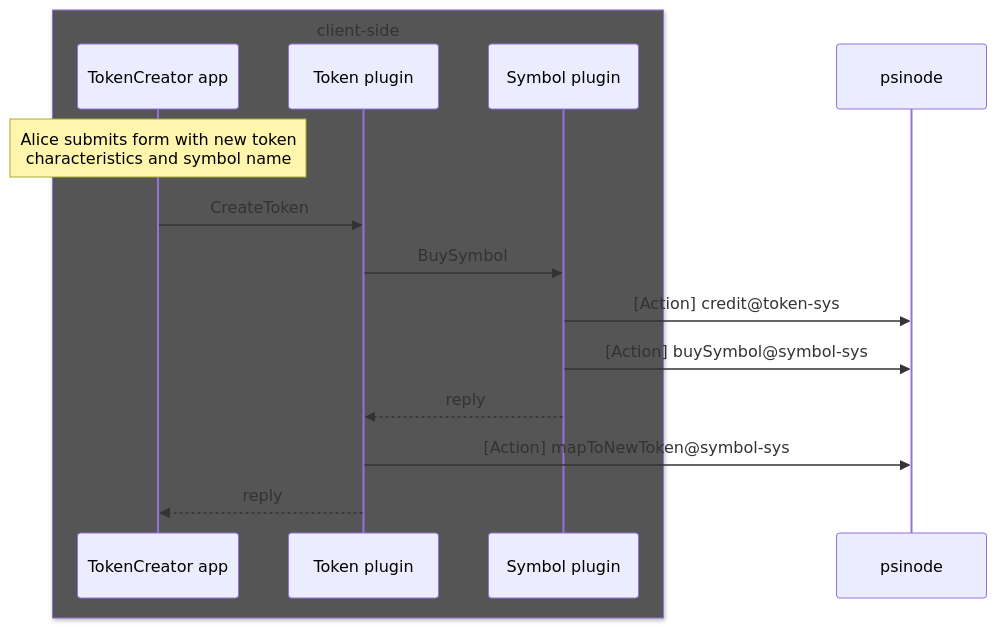
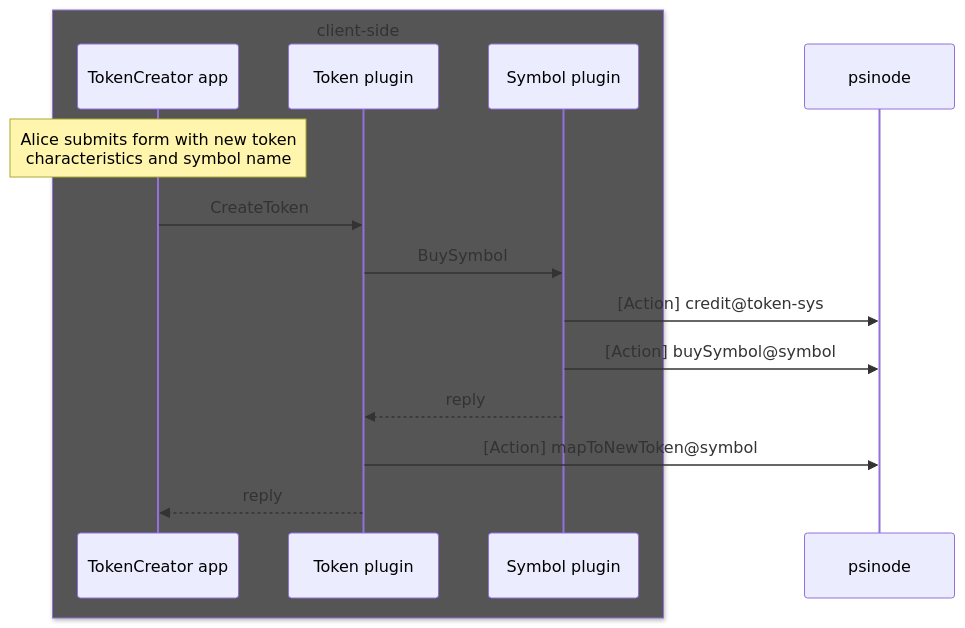
One commit to gofractally/psibase changed the sixth of 6 diagrams in doc/psidk/src/specifications/app-architecture/plugins.md. Above: the diagram before and after it, drawn with Mermaid. The commit also changed 28 other files, not shown here.

````diff
--- a/doc/psidk/src/specifications/app-architecture/plugins.md
+++ b/doc/psidk/src/specifications/app-architecture/plugins.md
@@ -237,20 +237,20 @@
 ```mermaid
 sequenceDiagram
 
 box rgb(85,85,85) client-side
 participant TokenCreator app
 participant Token plugin
 participant Symbol plugin
 end
 participant psinode
 
 Note over TokenCreator app: Alice submits form with new token<br>characteristics and symbol name
 
 TokenCreator app->>Token plugin: CreateToken
     Token plugin->>Symbol plugin: BuySymbol
         Symbol plugin->>psinode: [Action] credit@token-sys
-        Symbol plugin->>psinode: [Action] buySymbol@symbol-sys
+        Symbol plugin->>psinode: [Action] buySymbol@symbol
         Symbol plugin-->>Token plugin: reply
-    Token plugin->>psinode: [Action] mapToNewToken@symbol-sys
+    Token plugin->>psinode: [Action] mapToNewToken@symbol
     Token plugin-->>TokenCreator app: reply
 ```
````
